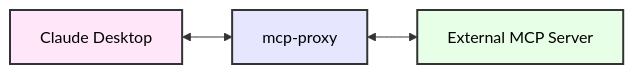
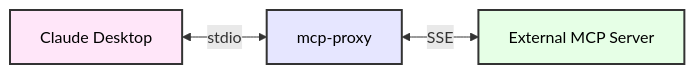
Before and after one commit to yufeikang/mcp-proxy: the first of 2 diagrams in README.md, drawn with Mermaid. The commit also changed other lines of this file and 3 other files, not shown here.

````diff
--- a/README.md
+++ b/README.md
@@ -17,9 +28,9 @@
 ```mermaid
 graph LR
-    A["Claude Desktop"] <--> B["mcp-proxy"]
-    B <--> C["External MCP Server"]
+    A["Claude Desktop"] <--> |stdio| B["mcp-proxy"]
+    B <--> |SSE| C["External MCP Server"]
 
     style A fill:#ffe6f9,stroke:#333,color:black,stroke-width:2px
     style B fill:#e6e6ff,stroke:#333,color:black,stroke-width:2px
     style C fill:#e6ffe6,stroke:#333,color:black,stroke-width:2px
 ```
````
